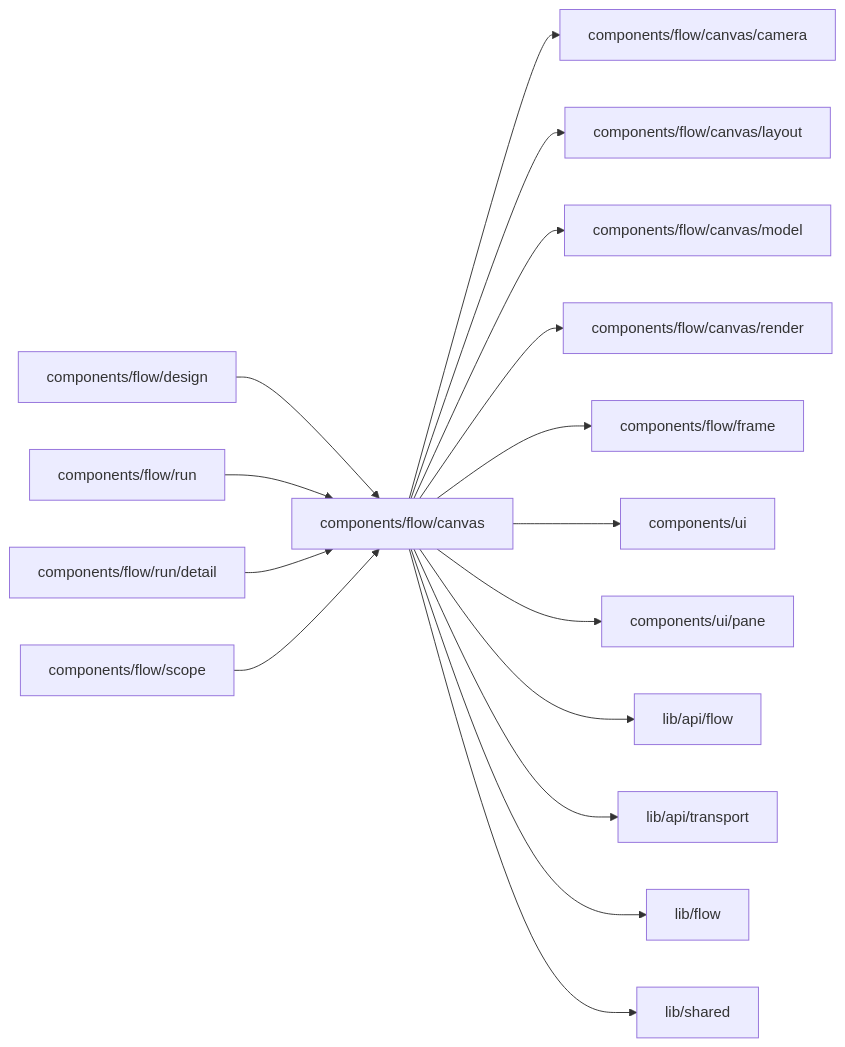
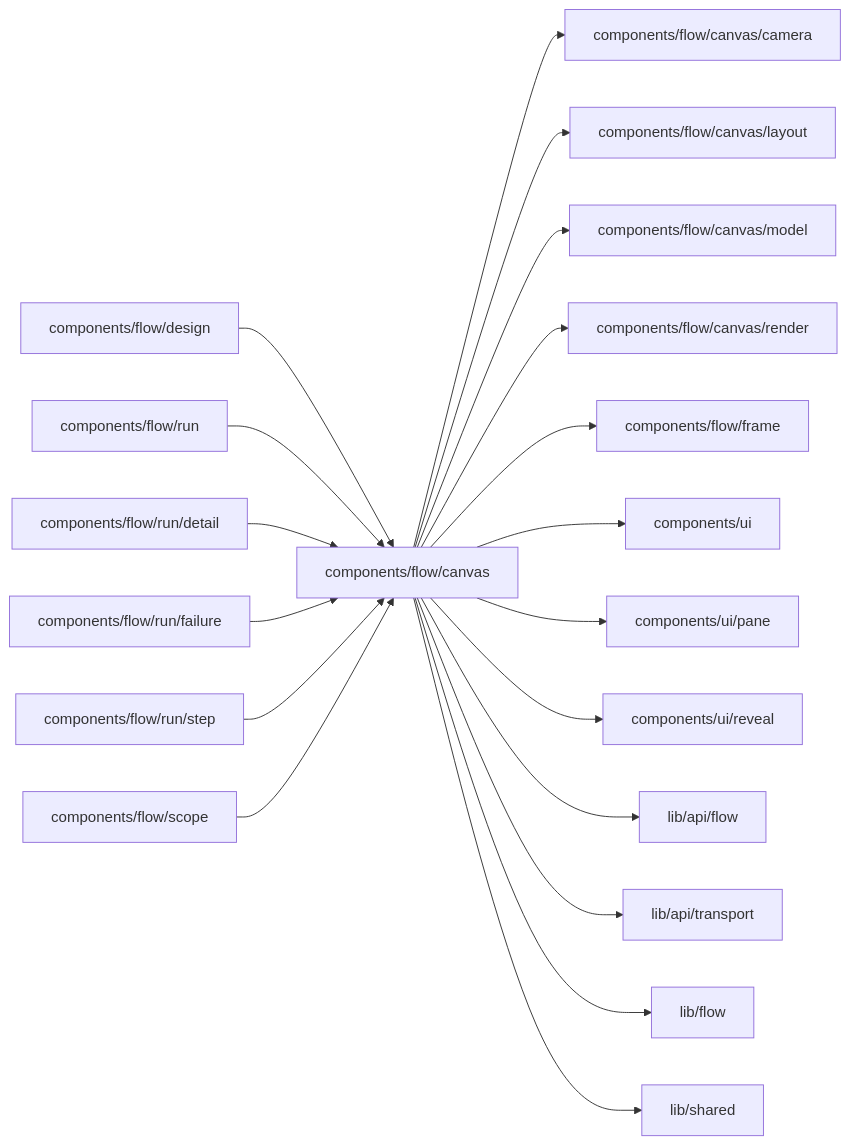
One commit to superdurable/superverse changed the diagram in web/studio/components/flow/canvas/README.md. Above: the diagram before and after it, drawn with Mermaid. The commit also changed other lines of this file and 278 other files, not shown here.

````diff
--- a/web/studio/components/flow/canvas/README.md
+++ b/web/studio/components/flow/canvas/README.md
@@ -10,19 +10,22 @@
 ```mermaid
 flowchart LR
   self["components/flow/canvas"]
   c0["components/flow/design"] --> self
   c1["components/flow/run"] --> self
   c2["components/flow/run/detail"] --> self
-  c3["components/flow/scope"] --> self
+  c3["components/flow/run/failure"] --> self
+  c4["components/flow/run/step"] --> self
+  c5["components/flow/scope"] --> self
   self --> d0["components/flow/canvas/camera"]
   self --> d1["components/flow/canvas/layout"]
   self --> d2["components/flow/canvas/model"]
   self --> d3["components/flow/canvas/render"]
   self --> d4["components/flow/frame"]
   self --> d5["components/ui"]
   self --> d6["components/ui/pane"]
-  self --> d7["lib/api/flow"]
-  self --> d8["lib/api/transport"]
-  self --> d9["lib/flow"]
-  self --> d10["lib/shared"]
+  self --> d7["components/ui/reveal"]
+  self --> d8["lib/api/flow"]
+  self --> d9["lib/api/transport"]
+  self --> d10["lib/flow"]
+  self --> d11["lib/shared"]
 ```
````
